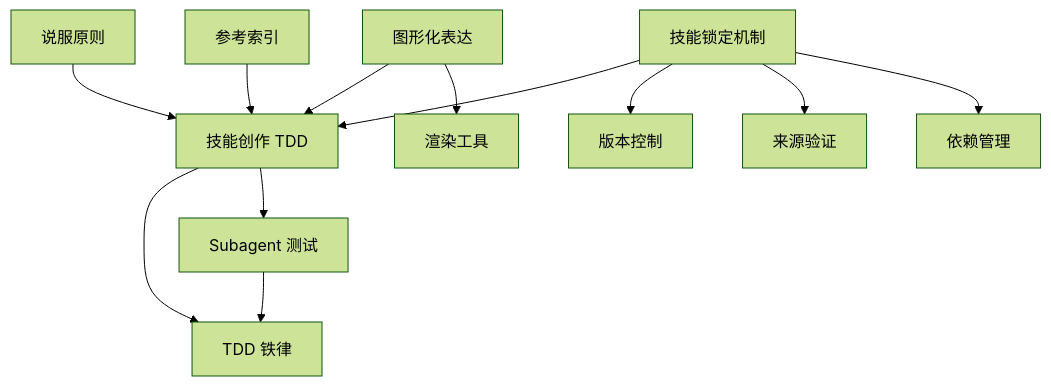
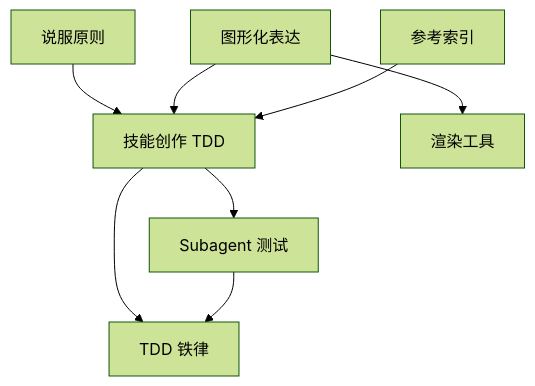
The ninth of 9 diagrams in .qoder/repowiki/zh/content/超级能力模块/技能编写指南.md (AngelWings1997/altas), drawn with Mermaid (forest theme) before and after one commit. The commit also changed other lines of this file and 4 other files, not shown here.

````diff
--- a/.qoder/repowiki/zh/content/超级能力模块/技能编写指南.md
+++ b/.qoder/repowiki/zh/content/超级能力模块/技能编写指南.md
@@ -408,14 +340,10 @@
 ```mermaid
 graph TB
 TDD["技能创作 TDD"] --> Iron["TDD 铁律"]
 TDD --> Sub["Subagent 测试"]
 Persuade["说服原则"] --> TDD
 Graph["图形化表达"] --> TDD
 Index["参考索引"] --> TDD
-Lock["技能锁定机制"] --> TDD
 Sub --> Iron
 Graph --> Render["渲染工具"]
-Lock --> Version["版本控制"]
-Lock --> Verify["来源验证"]
-Lock --> Dep["依赖管理"]
 ```
````
